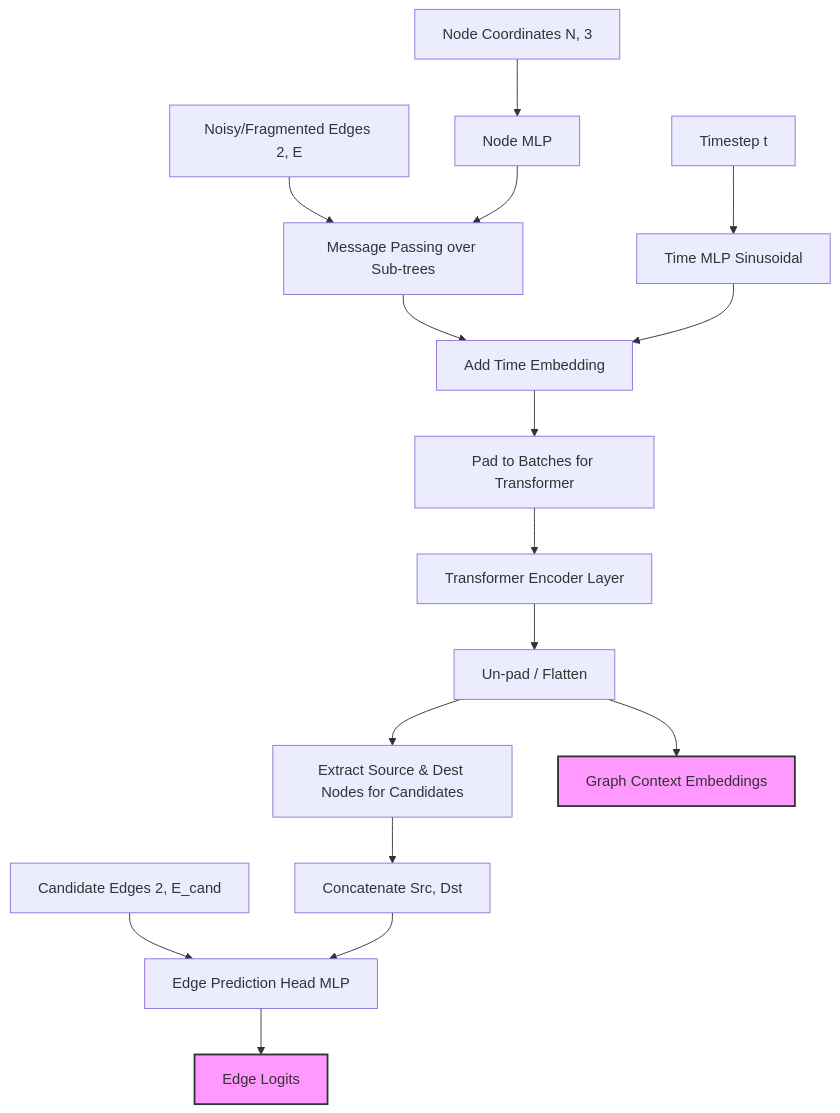
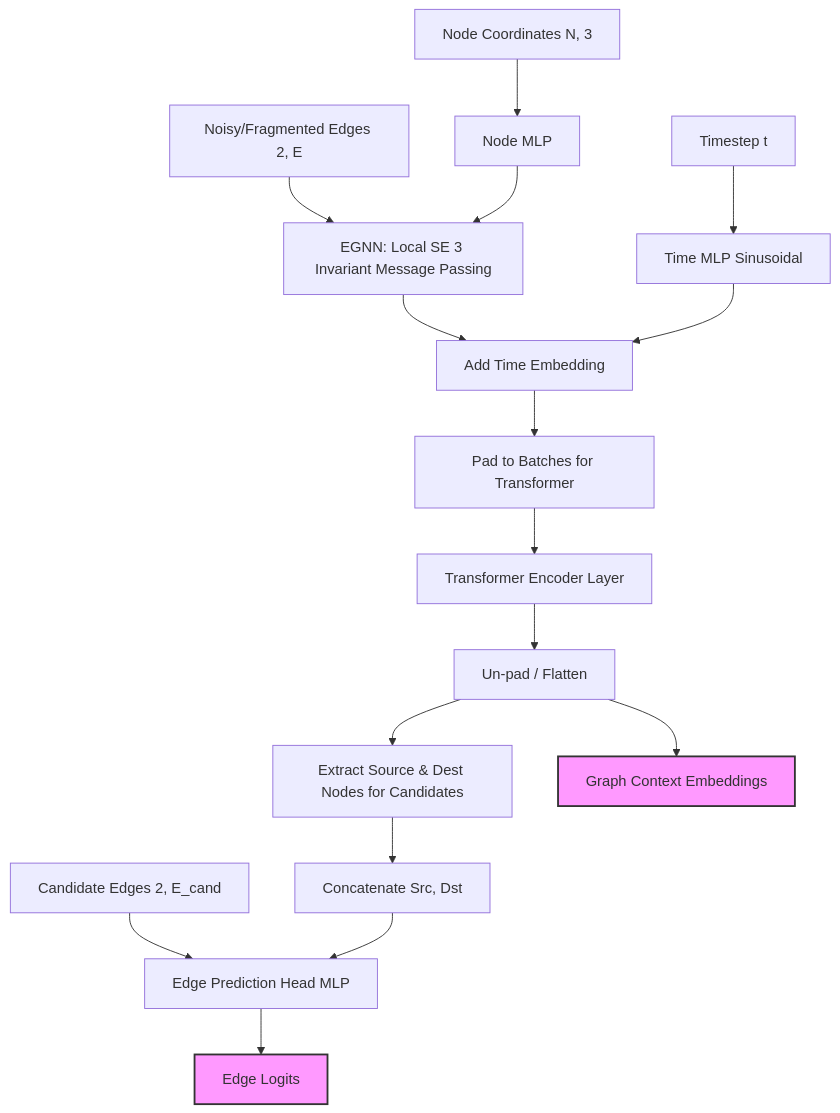
Before and after one commit to samik1986/NeuroDiffusion: the second of 5 diagrams in architecture.md, drawn with Mermaid. The commit also changed other lines of this file and 13 other files, not shown here.

````diff
--- a/architecture.md
+++ b/architecture.md
@@ -34,28 +40,28 @@
 ```mermaid
 graph TD
     %% Inputs
     X[Node Coordinates N, 3] --> NodeMLP[Node MLP]
-    Edges[Noisy/Fragmented Edges 2, E] --> MP[Message Passing over Sub-trees]
+    Edges[Noisy/Fragmented Edges 2, E] --> EGNN[EGNN: Local SE 3 Invariant Message Passing]
     T[Timestep t] --> TimeMLP[Time MLP Sinusoidal]
     Candidates[Candidate Edges 2, E_cand] --> EdgeHead
 
     %% Processing
-    NodeMLP --> MP
-    MP --> AddTime
+    NodeMLP --> EGNN
+    EGNN --> AddTime
     TimeMLP --> AddTime[Add Time Embedding]
     
     AddTime --> Pad[Pad to Batches for Transformer]
     Pad --> Trans[Transformer Encoder Layer]
     Trans --> Flatten[Un-pad / Flatten]
     
     %% Prediction Head
     Flatten --> ExtractSrcDst[Extract Source & Dest Nodes for Candidates]
     ExtractSrcDst --> ConcatPairs[Concatenate Src, Dst]
     ConcatPairs --> EdgeHead[Edge Prediction Head MLP]
     
     EdgeHead --> OutputLogits[Edge Logits]
     Flatten --> OutputContext[Graph Context Embeddings]
     
     style OutputLogits fill:#f9f,stroke:#333,stroke-width:2px
     style OutputContext fill:#f9f,stroke:#333,stroke-width:2px
 ```
````
